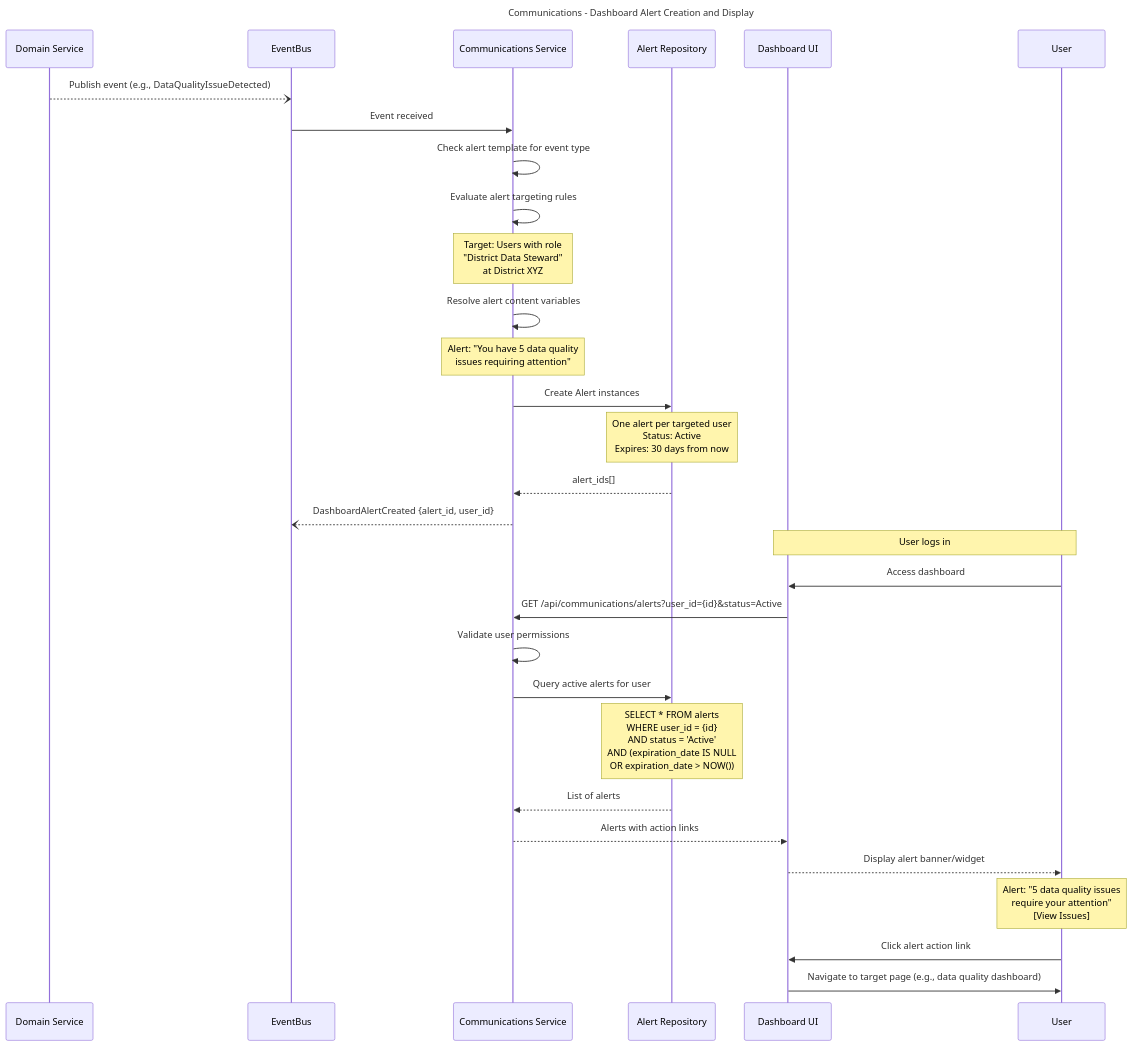
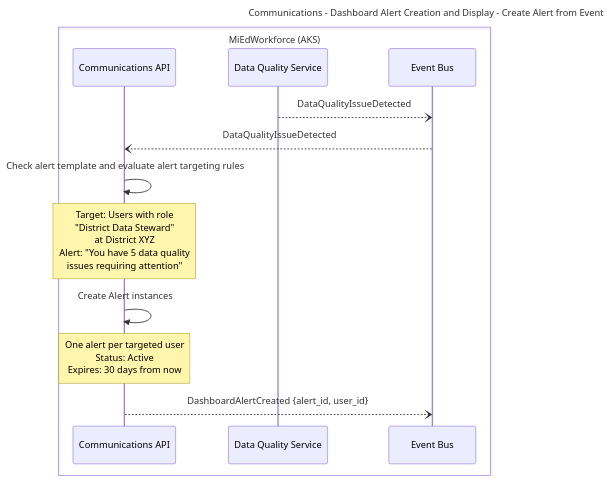
Diagram 12 of 15 in working-docs/solution-areas/communications/communications-sequences.md (mnichols-dl/mied-design), drawn with Mermaid before and after one commit. The commit also changed other lines of this file and 34 other files, not shown here.

Commit message:
Update sequences and perform RTM assessment

````diff
--- a/working-docs/solution-areas/communications/communications-sequences.md
+++ b/working-docs/solution-areas/communications/communications-sequences.md
@@ -681,45 +672,22 @@
 ```mermaid
 ---
-title: Communications - Dashboard Alert Creation and Display
+title: Communications - Dashboard Alert Creation and Display - Create Alert from Event
 ---
 sequenceDiagram
-    participant Domain as Domain Service
-    participant EventBus
-    participant Comms as Communications Service
-    participant AlertRepo as Alert Repository
-    participant Dashboard as Dashboard UI
-    participant User
-    
-    Domain--)EventBus: Publish event (e.g., DataQualityIssueDetected)
-    EventBus->>Comms: Event received
-    
-    Comms->>Comms: Check alert template for event type
-    Comms->>Comms: Evaluate alert targeting rules
-    Note over Comms: Target: Users with role<br/>"District Data Steward"<br/>at District XYZ
-    
-    Comms->>Comms: Resolve alert content variables
-    Note over Comms: Alert: "You have 5 data quality<br/>issues requiring attention"
-    
-    Comms->>AlertRepo: Create Alert instances
-    Note over AlertRepo: One alert per targeted user<br/>Status: Active<br/>Expires: 30 days from now
-    AlertRepo-->>Comms: alert_ids[]
-    
-    Comms--)EventBus: DashboardAlertCreated {alert_id, user_id}
-    
-    Note over User,Dashboard: User logs in
-    
-    User->>Dashboard: Access dashboard
-    Dashboard->>Comms: GET /api/communications/alerts?user_id={id}&status=Active
-    
-    Comms->>Comms: Validate user permissions
-    Comms->>AlertRepo: Query active alerts for user
-    Note over AlertRepo: SELECT * FROM alerts<br/>WHERE user_id = {id}<br/>AND status = 'Active'<br/>AND (expiration_date IS NULL<br/>  OR expiration_date > NOW())
-    AlertRepo-->>Comms: List of alerts
-    
-    Comms-->>Dashboard: Alerts with action links
-    Dashboard-->>User: Display alert banner/widget
-    Note over User: Alert: "5 data quality issues<br/>require your attention"<br/>[View Issues]
-    
-    User->>Dashboard: Click alert action link
-    Dashboard->>User: Navigate to target page (e.g., data quality dashboard)
+    box MiEdWorkforce (AKS)
+    participant CommApi as Communications API
+    participant DqSvc as Data Quality Service
+    participant EventBus as Event Bus
+    end
+
+    DqSvc--)EventBus: DataQualityIssueDetected
+    EventBus--)CommApi: DataQualityIssueDetected
+
+    CommApi->>CommApi: Check alert template and evaluate alert targeting rules
+    Note over CommApi: Target: Users with role<br/>"District Data Steward"<br/>at District XYZ<br/>Alert: "You have 5 data quality<br/>issues requiring attention"
+
+    CommApi->>CommApi: Create Alert instances
+    Note over CommApi: One alert per targeted user<br/>Status: Active<br/>Expires: 30 days from now
+
+    CommApi--)EventBus: DashboardAlertCreated {alert_id, user_id}
 ```
````
